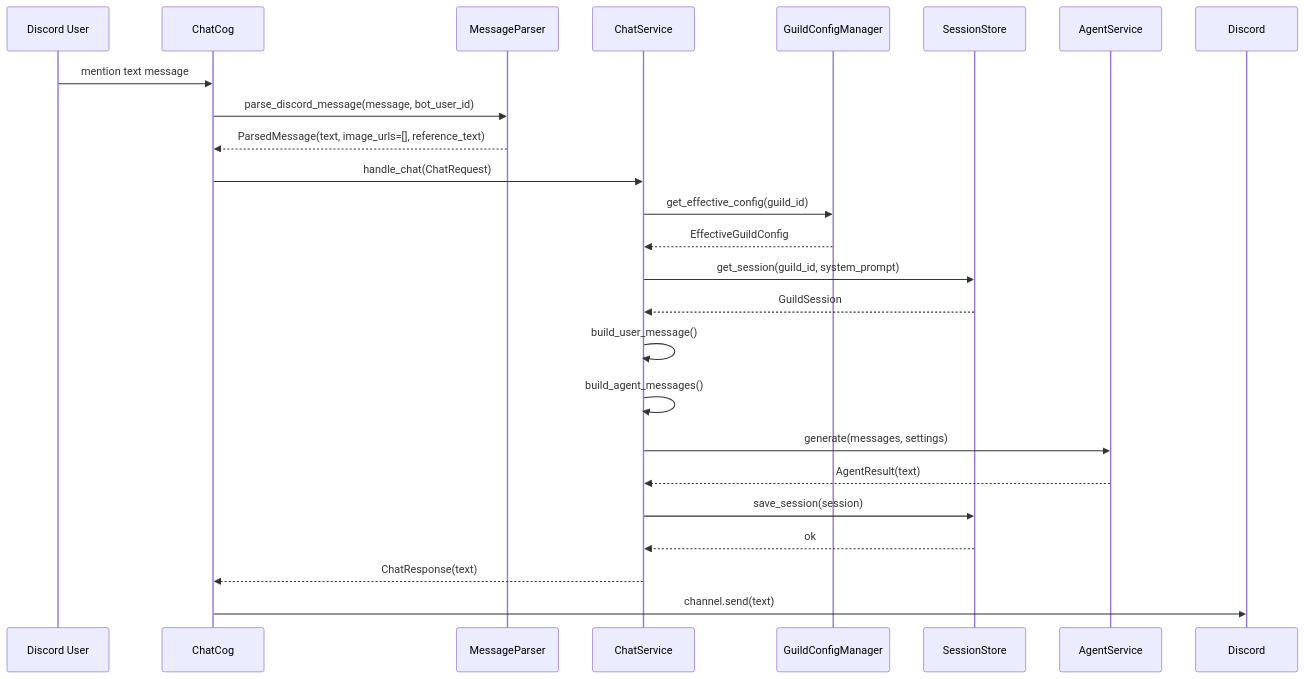
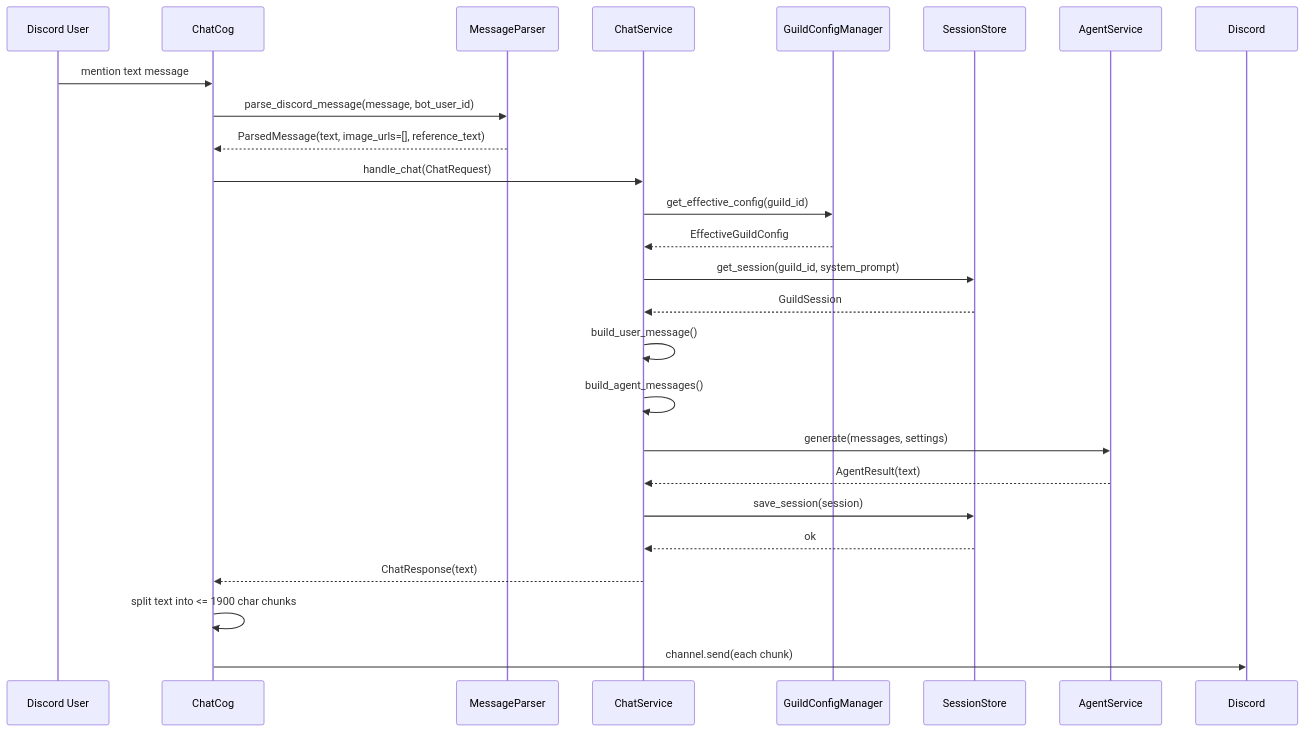
One commit to fockerev/bot_for_fmj changed the first of 5 diagrams in docs/module_function_design.md. Above: the diagram before and after it, drawn with Mermaid. The commit also changed other lines of this file and 38 other files, not shown here.

````diff
--- a/docs/module_function_design.md
+++ b/docs/module_function_design.md
@@ -767,28 +775,29 @@
 ```mermaid
 sequenceDiagram
     participant U as Discord User
     participant C as ChatCog
     participant P as MessageParser
     participant S as ChatService
     participant G as GuildConfigManager
     participant Store as SessionStore
     participant A as AgentService
     participant D as Discord
 
     U->>C: mention text message
     C->>P: parse_discord_message(message, bot_user_id)
     P-->>C: ParsedMessage(text, image_urls=[], reference_text)
     C->>S: handle_chat(ChatRequest)
     S->>G: get_effective_config(guild_id)
     G-->>S: EffectiveGuildConfig
     S->>Store: get_session(guild_id, system_prompt)
     Store-->>S: GuildSession
     S->>S: build_user_message()
     S->>S: build_agent_messages()
     S->>A: generate(messages, settings)
     A-->>S: AgentResult(text)
     S->>Store: save_session(session)
     Store-->>S: ok
     S-->>C: ChatResponse(text)
-    C->>D: channel.send(text)
+    C->>C: split text into <= 1900 char chunks
+    C->>D: channel.send(each chunk)
 ```
````
